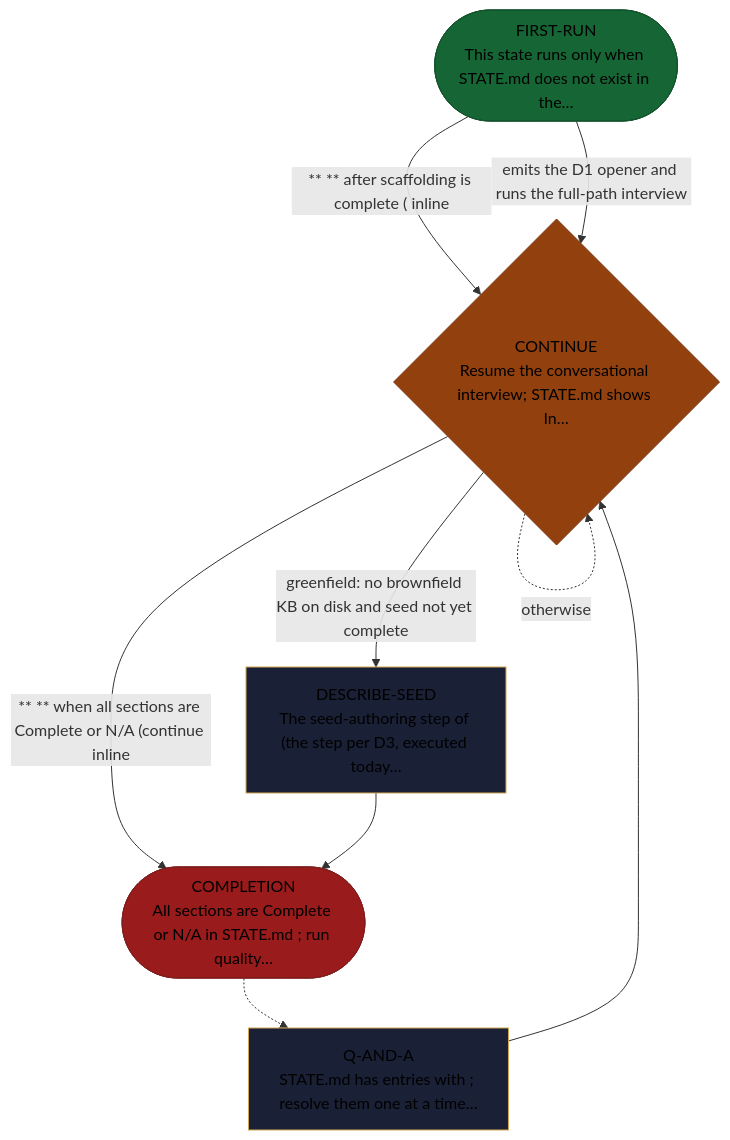
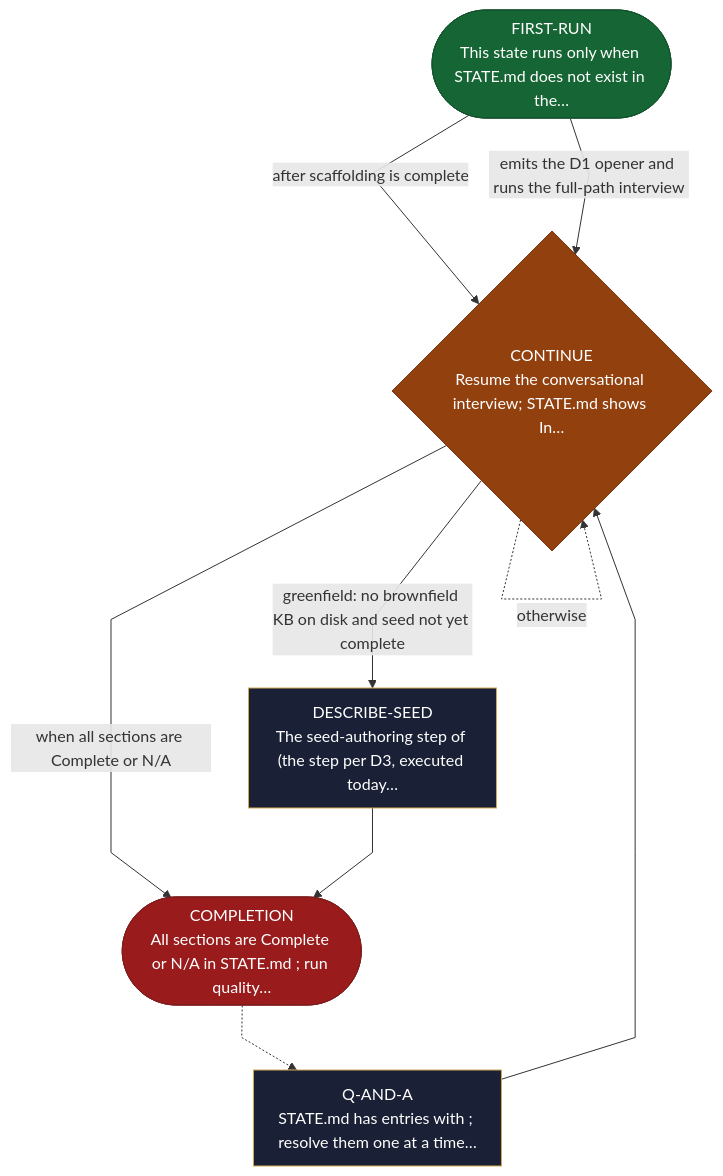
The diagram in site/src/content/docs/skills/aid-describe.md (AndreVianna/aid-methodology), drawn with Mermaid before and after one commit. The commit also changed 37 other files, not shown here.

````diff
--- a/site/src/content/docs/skills/aid-describe.md
+++ b/site/src/content/docs/skills/aid-describe.md
@@ -20,32 +20,33 @@
 ```mermaid
+%%{init: {'flowchart': {'nodeSpacing': 55, 'rankSpacing': 65, 'curve': 'linear', 'padding': 12, 'useMaxWidth': true}}}%%
 flowchart TB
-  classDef aidNode color:inherit
+  classDef aidNode color:#fff
   classDef aidEntry fill:#166534,stroke:#14532d,color:#fff
   classDef aidExit fill:#991b1b,stroke:#7f1d1d,color:#fff
   classDef aidDecision fill:#92400e,stroke:#78350f,color:#fff
   classDef aidLoopBack fill:#1e3a8a,stroke:#1e3a8a,color:#fff
   classDef aidStep fill:#1a2035,stroke:#d4a853,color:#f1f5f9
   n1(["FIRST-RUN<br/>This state runs only when STATE.md does not exist in the…"])
   n2["Q-AND-A<br/>STATE.md has entries with ; resolve them one at a time…"]
   n3{"CONTINUE<br/>Resume the conversational interview; STATE.md shows In…"}
   n4["DESCRIBE-SEED<br/>The seed-authoring step of (the step per D3, executed today…"]
   n5(["COMPLETION<br/>All sections are Complete or N/A in STATE.md ; run quality…"])
-  n1 -->|"** ** after scaffolding is complete ( inline"| n3
+  n1 -->|"after scaffolding is complete"| n3
   n1 -->|"emits the D1 opener and runs the full-path interview"| n3
   n2 --> n3
   n3 -. "otherwise" .-> n3
   n3 -->|"greenfield: no brownfield KB on disk and seed not yet complete"| n4
-  n3 -->|"** ** when all sections are Complete or N/A (continue inline"| n5
+  n3 -->|"when all sections are Complete or N/A"| n5
   n4 --> n5
   n5 -.-> n2
   class n1 aidEntry
   class n2 aidStep
   class n3 aidDecision
   class n4 aidStep
   class n5 aidExit
   class n1 aidNode
   class n2 aidNode
   class n3 aidNode
   class n4 aidNode
   class n5 aidNode
 ```
````
